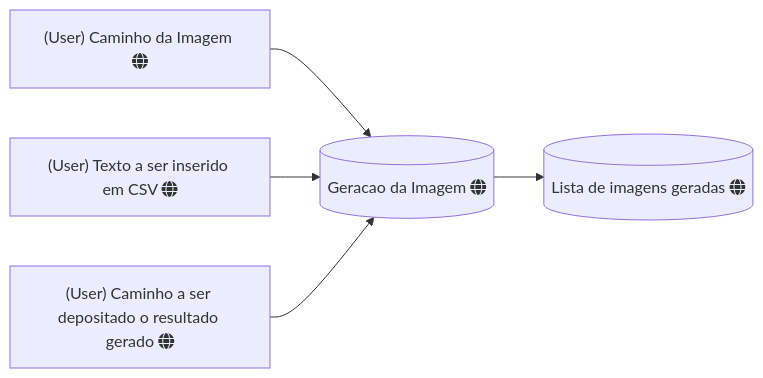
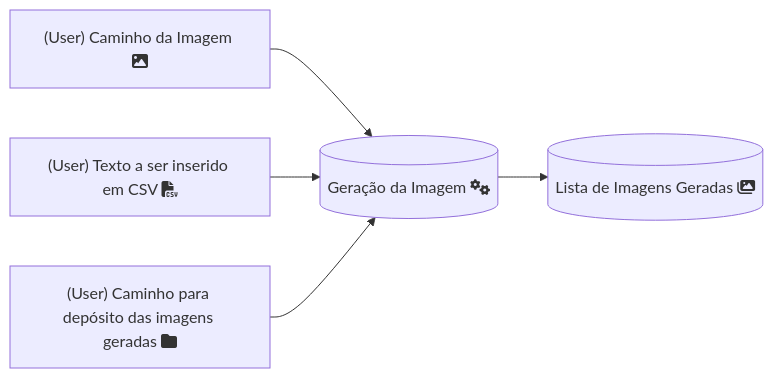
The diagram in README.md (NeemiasBorges/GERADORCERTIFICADOS), drawn with Mermaid before and after one commit. The commit also changed other lines of this file, not shown here.

````diff
--- a/README.md
+++ b/README.md
@@ -11,16 +32,15 @@
 ```mermaid
 graph LR;
-    A["(User) Caminho da Imagem fa:fa-globe"]
-    B["(User) Texto a ser inserido em CSV fa:fa-globe"]
-    C["(User) Caminho a ser depositado o resultado gerado fa:fa-globe"]
+    A["(User) Caminho da Imagem fa:fa-image"]
+    B["(User) Texto a ser inserido em CSV fa:fa-file-csv"]
+    C["(User) Caminho para depósito das imagens geradas fa:fa-folder"]
     
-    D[("Geracao da Imagem fa:fa-globe")]
+    D[("Geração da Imagem fa:fa-cogs")]
 
-    E[("Lista de imagens geradas fa:fa-globe")]
-
+    E[("Lista de Imagens Geradas fa:fa-images")]
 
     A --> D
     B --> D
     C --> D
     D --> E
 ```
````
